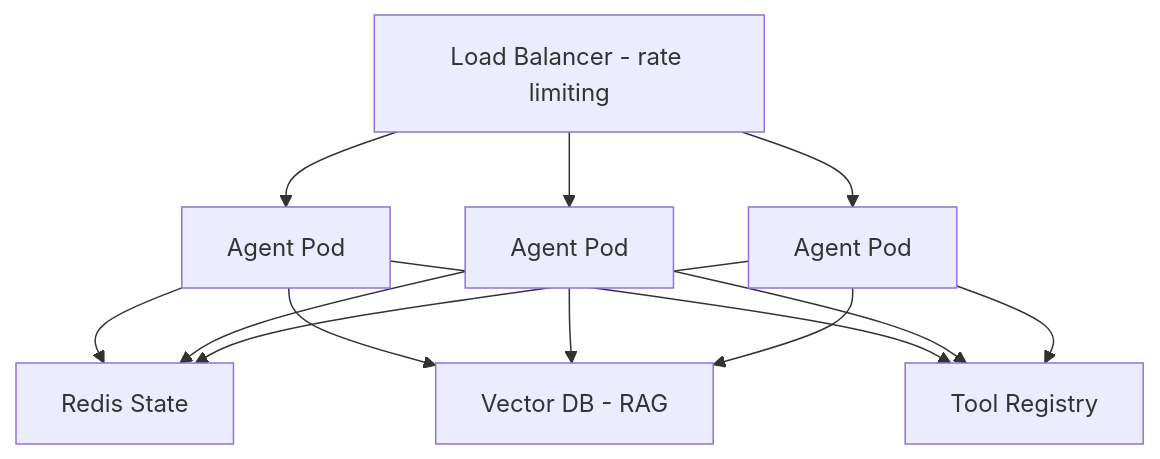
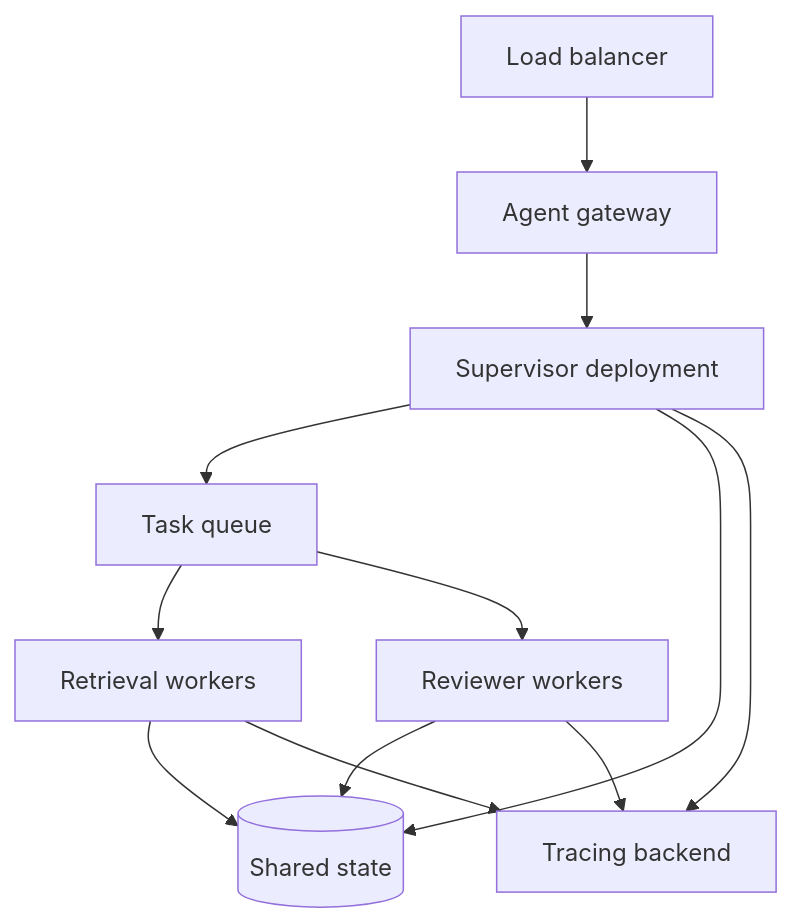
One commit to kube-dojo/kube-dojo changed the second of 2 diagrams in src/content/docs/ai-ml-engineering/frameworks-agents/module-1.7-multi-agent-systems.md. Above: the diagram before and after it, drawn with Mermaid. The commit also changed other lines of this file and 1 other file, not shown here.

First line of the commit message:
feat(#1842): frameworks-agents — expand 1.7 (multi-agent) & 1.8 (MCP) to T0 (#1850)

````diff
--- a/src/content/docs/ai-ml-engineering/frameworks-agents/module-1.7-multi-agent-systems.md
+++ b/src/content/docs/ai-ml-engineering/frameworks-agents/module-1.7-multi-agent-systems.md
@@ -1016,15 +339,14 @@
 ```mermaid
 flowchart TD
-    LB[Load Balancer - rate limiting] --> A1[Agent Pod]
-    LB --> A2[Agent Pod]
-    LB --> A3[Agent Pod]
-    A1 --> DB[Redis State]
-    A1 --> VDB[Vector DB - RAG]
-    A1 --> TR[Tool Registry]
-    A2 --> DB
-    A2 --> VDB
-    A2 --> TR
-    A3 --> DB
-    A3 --> VDB
-    A3 --> TR
+    LB[Load balancer] --> GW[Agent gateway]
+    GW --> SUP[Supervisor deployment]
+    SUP --> Q[Task queue]
+    Q --> S1[Retrieval workers]
+    Q --> S2[Reviewer workers]
+    S1 --> Redis[(Shared state)]
+    S2 --> Redis
+    SUP --> Redis
+    S1 --> OTEL[Tracing backend]
+    S2 --> OTEL
+    SUP --> OTEL
 ```
````
